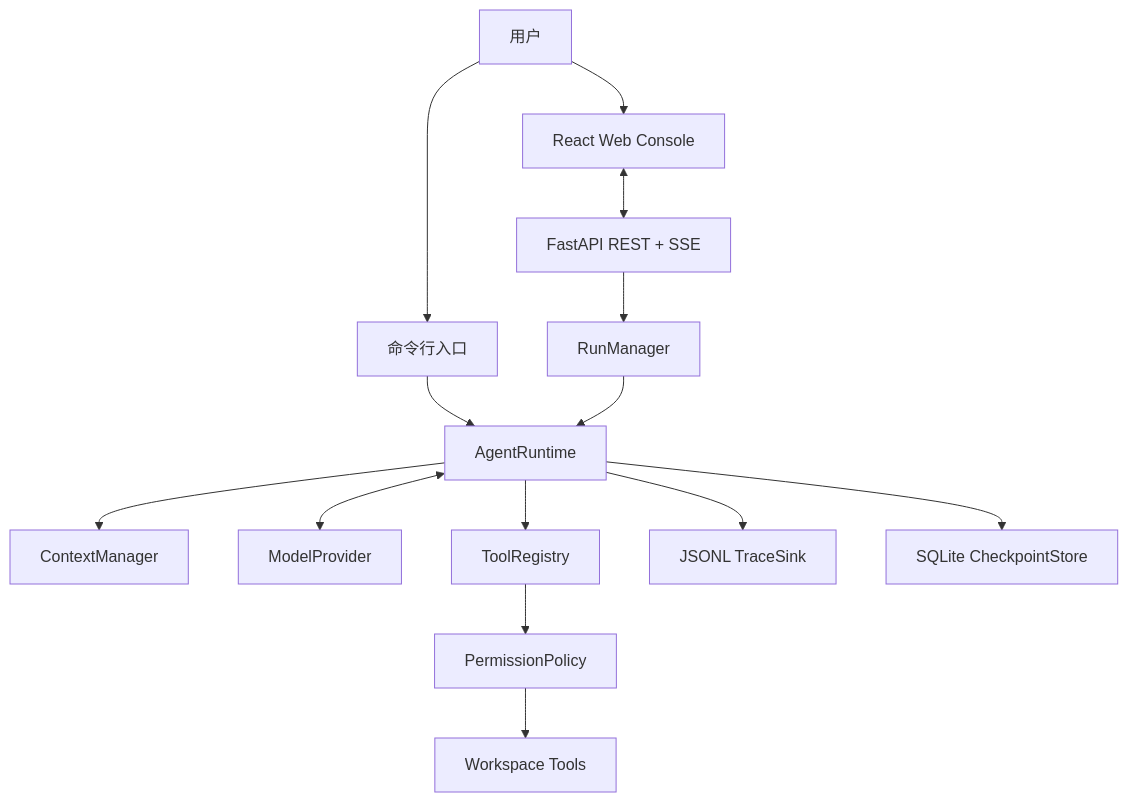
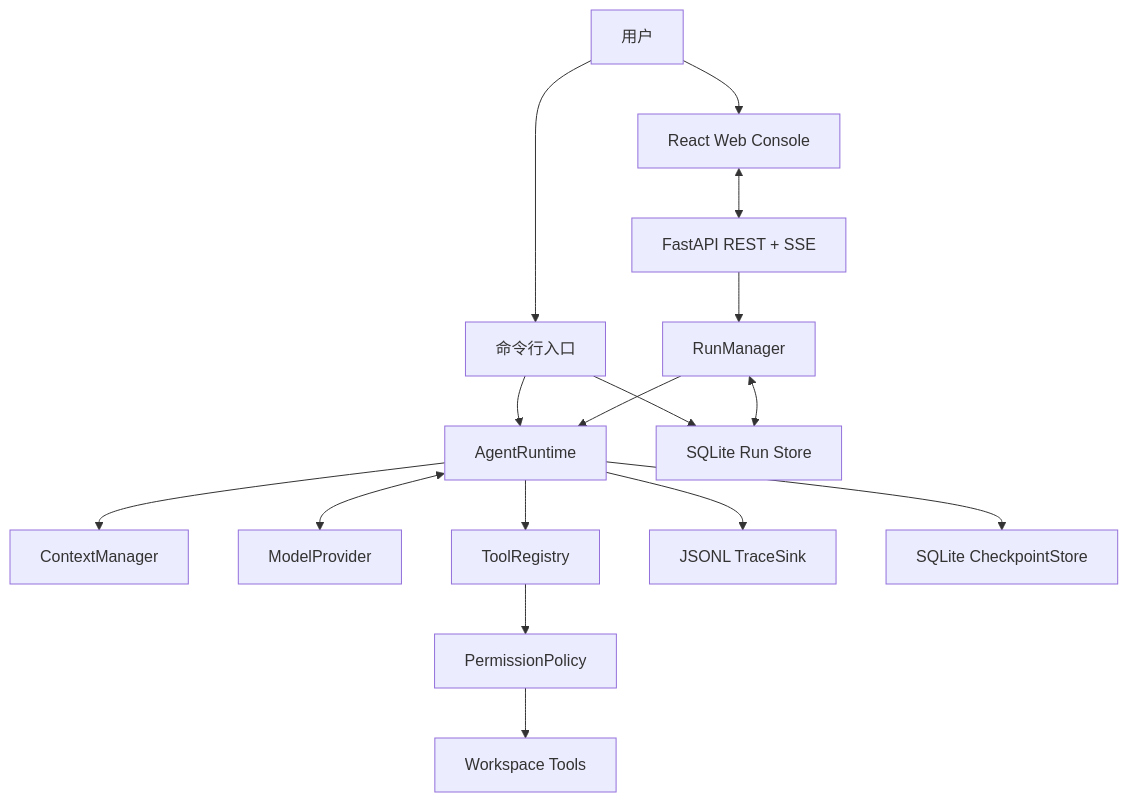
The first of 3 diagrams in docs/code-design.zh-CN.md (lucying-y/minicode-agent), drawn with Mermaid before and after one commit. The commit also changed other lines of this file and 15 other files, not shown here.

Commit message:
feat: share CLI and Web run timelines

````diff
--- a/docs/code-design.zh-CN.md
+++ b/docs/code-design.zh-CN.md
@@ -101,16 +101,18 @@
 ```mermaid
 flowchart TD
     User["用户"] --> CLI["命令行入口"]
     User --> React["React Web Console"]
     React <--> API["FastAPI REST + SSE"]
     API --> Manager["RunManager"]
     CLI --> Runtime["AgentRuntime"]
     Manager --> Runtime
     Runtime --> Context["ContextManager"]
     Runtime <--> Provider["ModelProvider"]
     Runtime --> Registry["ToolRegistry"]
     Registry --> Policy["PermissionPolicy"]
     Policy --> Tools["Workspace Tools"]
     Runtime --> Trace["JSONL TraceSink"]
     Runtime --> Checkpoint["SQLite CheckpointStore"]
+    CLI --> RunStore["SQLite Run Store"]
+    Manager <--> RunStore
 ```
````
